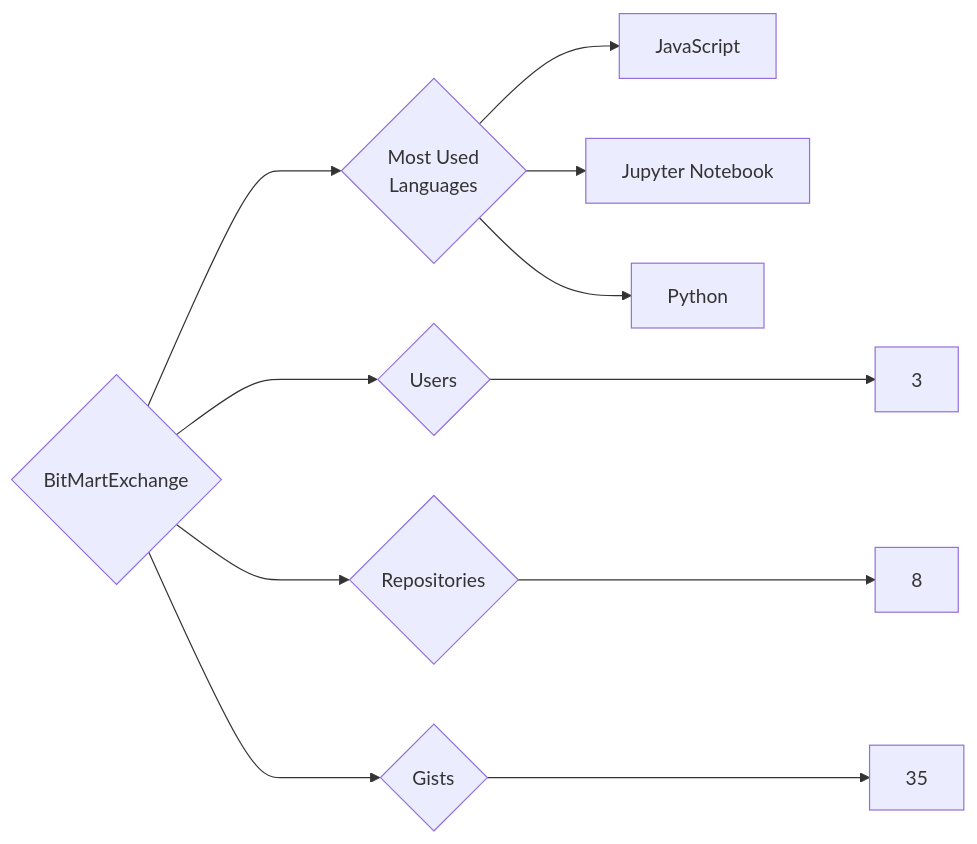
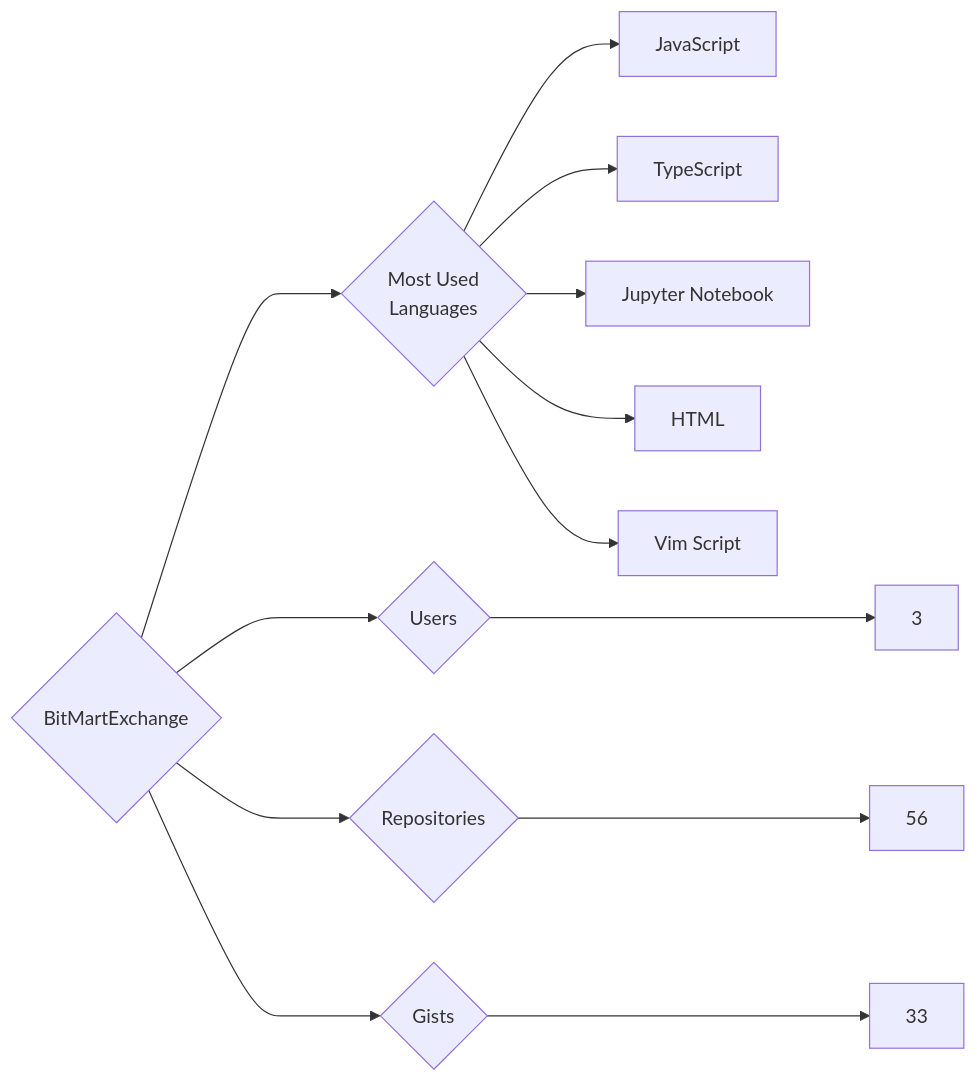
Before and after one commit to trickest/insiders: the diagram in targets/BitMartExchange/README.md, drawn with Mermaid. The commit also changed 1088 other files, not shown here.

````diff
--- a/targets/BitMartExchange/README.md
+++ b/targets/BitMartExchange/README.md
@@ -3,11 +3,13 @@
 ```mermaid
 graph LR
 COMPANY_NAME{BitMartExchange}
 COMPANY_NAME ---> U{Users} ---> UN[3]
-COMPANY_NAME ---> R{Repositories} ---> RN[8]
-COMPANY_NAME ---> G{Gists} ---> GN[35]
+COMPANY_NAME ---> R{Repositories} ---> RN[56]
+COMPANY_NAME ---> G{Gists} ---> GN[33]
 COMPANY_NAME ---> ML{Most Used<br>Languages}
 ML --> JavaScript[JavaScript]
+ML --> TypeScript[TypeScript]
 ML --> Jupyter_Notebook[Jupyter Notebook]
-ML --> Python[Python]
+ML --> HTML[HTML]
+ML --> Vim_Script[Vim Script]
 ```
````
